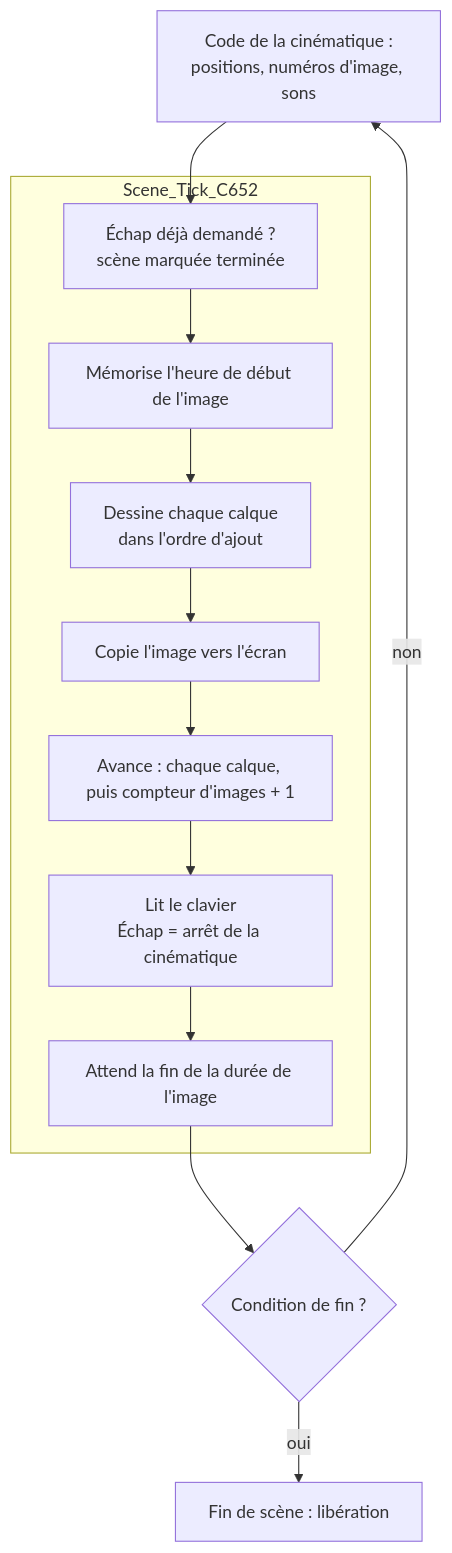
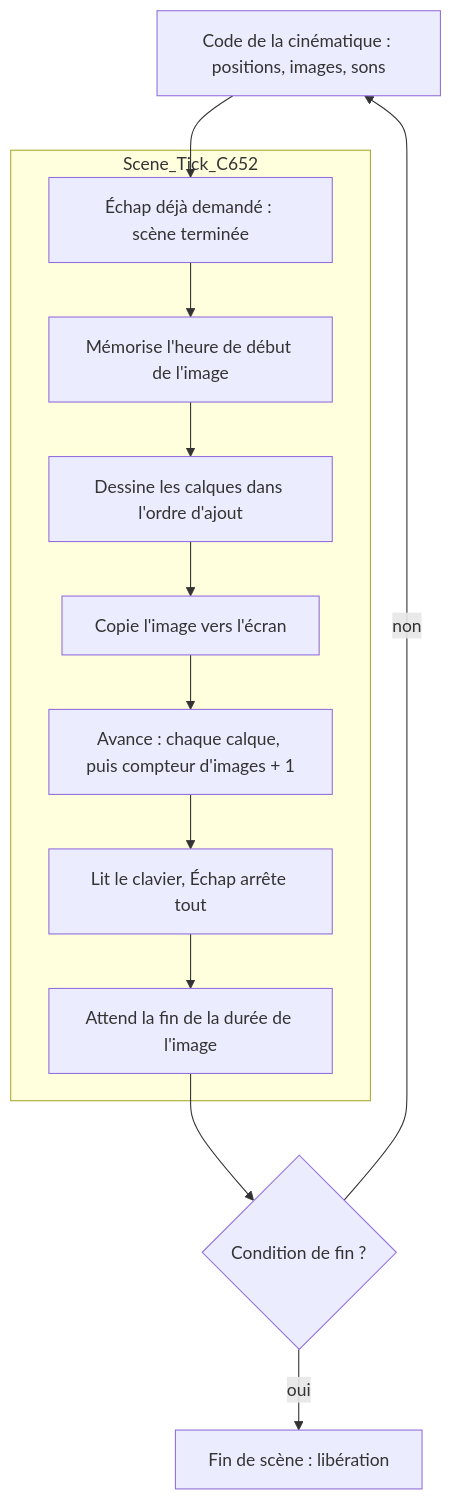
One commit to remileonard/strike_commander_re changed the second of 3 diagrams in analysis/MIDGAME_SYSTEM.md. Above: the diagram before and after it, drawn with Mermaid. The commit also changed other lines of this file, not shown here.

````diff
--- a/analysis/MIDGAME_SYSTEM.md
+++ b/analysis/MIDGAME_SYSTEM.md
@@ -122,15 +122,15 @@
 ```mermaid
 flowchart TD
-    A[Code de la cinématique :<br/>positions, numéros d'image, sons] --> B
+    A["Code de la cinématique : positions, images, sons"] --> B
     subgraph T[Scene_Tick_C652]
-      B[Échap déjà demandé ?<br/>scène marquée terminée] --> C[Mémorise l'heure de début de l'image]
-      C --> D[Dessine chaque calque<br/>dans l'ordre d'ajout]
+      B["Échap déjà demandé : scène terminée"] --> C[Mémorise l'heure de début de l'image]
+      C --> D["Dessine les calques dans l'ordre d'ajout"]
       D --> E[Copie l'image vers l'écran]
       E --> F[Avance : chaque calque, puis compteur d'images + 1]
-      F --> G[Lit le clavier<br/>Échap = arrêt de la cinématique]
+      F --> G["Lit le clavier, Échap arrête tout"]
       G --> H[Attend la fin de la durée de l'image]
     end
     H --> I{Condition de fin ?}
     I -- non --> A
     I -- oui --> J[Fin de scène : libération]
 ```
````
